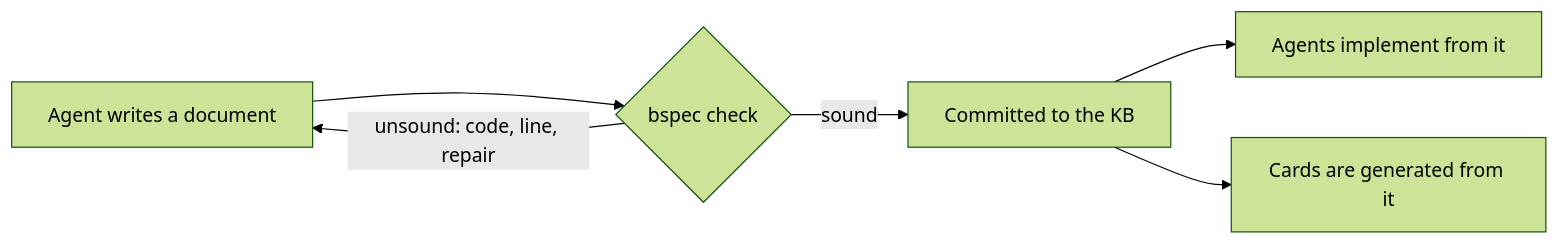
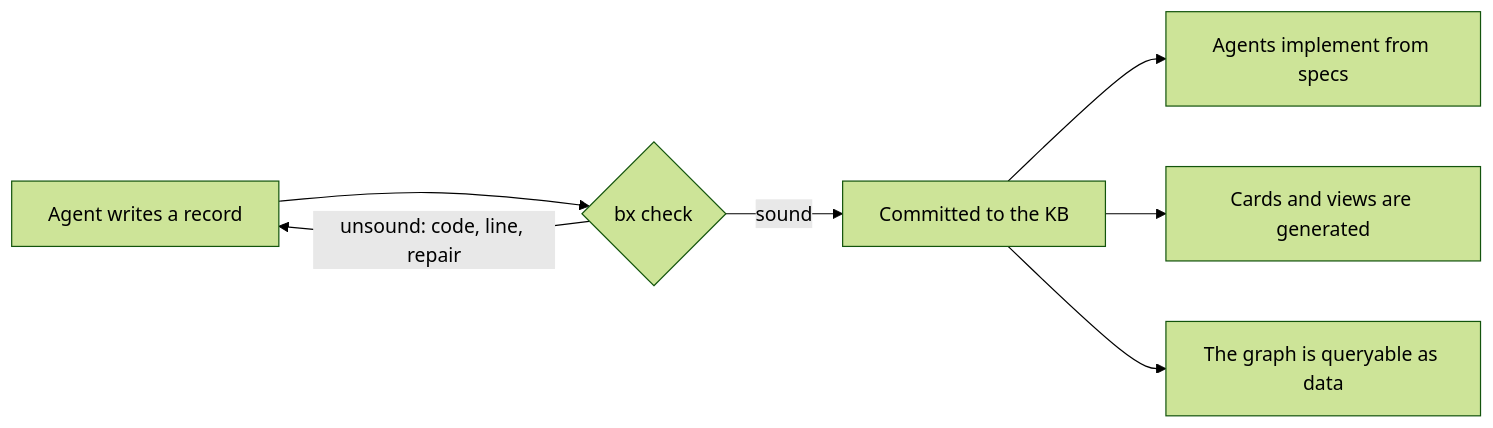
The diagram in .bboxy/specs/spec-language.md (bboxy450/bboxy450-term), drawn with Mermaid (forest theme) before and after one commit. The commit also changed other lines of this file, not shown here.

Commit message:
[skip ci] bx: the knowledge-graph language of mux 2.0, Scala/Haskell syntax, typed links, record kinds, migration

````diff
--- a/.bboxy/specs/spec-language.md
+++ b/.bboxy/specs/spec-language.md
@@ -45,8 +44,9 @@
 ```mermaid
 flowchart LR
-  W[Agent writes a document] --> C{bspec check}
+  W[Agent writes a record] --> C{bx check}
   C -->|sound| K[Committed to the KB]
   C -->|unsound: code, line, repair| W
-  K --> I[Agents implement from it]
-  K --> V[Cards are generated from it]
+  K --> I[Agents implement from specs]
+  K --> V[Cards and views are generated]
+  K --> G[The graph is queryable as data]
 ```
````
